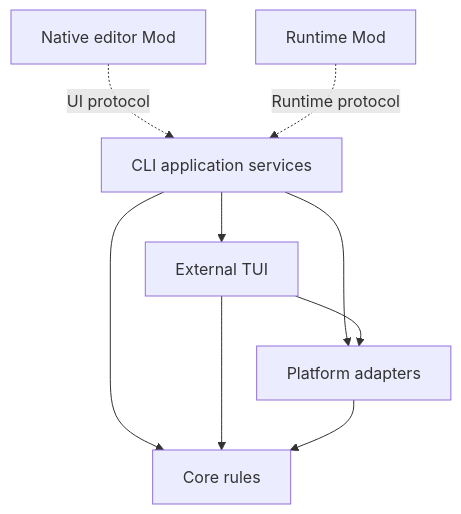
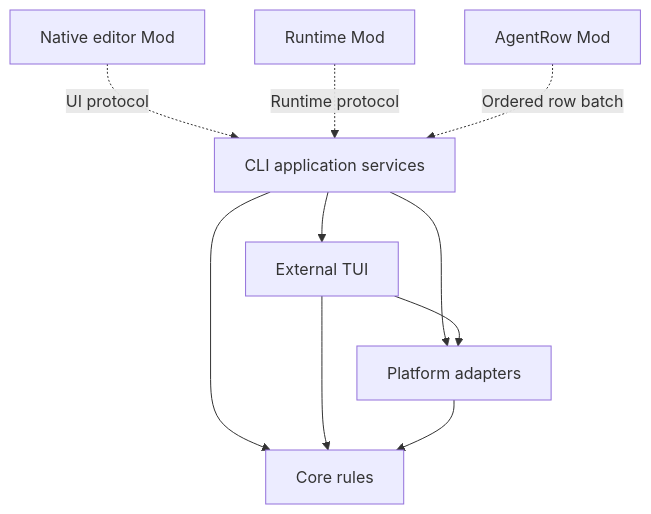
Before and after one commit to fbincon/claude-code-statusline: the diagram in docs/development/architecture.md, drawn with Mermaid. The commit also changed other lines of this file and 174 other files, not shown here.

Commit message:
feat: render subagent status lines with the Claude Code AgentRow mod

````diff
--- a/docs/development/architecture.md
+++ b/docs/development/architecture.md
@@ -11,11 +11,12 @@
 ```mermaid
 flowchart TD
     Native[Native editor Mod] -. UI protocol .-> CLI[CLI application services]
     Runtime[Runtime Mod] -. Runtime protocol .-> CLI
+    Rows[AgentRow Mod] -. Ordered row batch .-> CLI
     CLI --> TUI[External TUI]
     CLI --> Platform[Platform adapters]
     CLI --> Core[Core rules]
     TUI --> Platform
     TUI --> Core
     Platform --> Core
 ```
````
